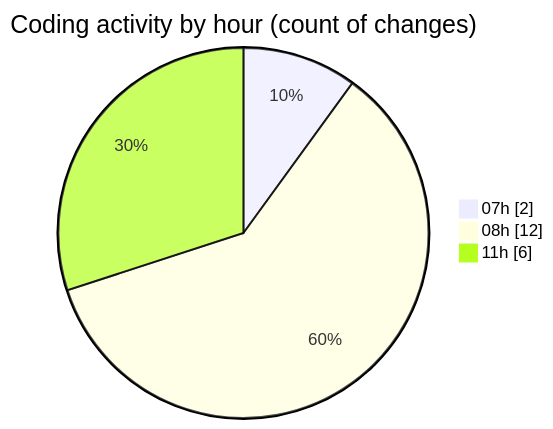
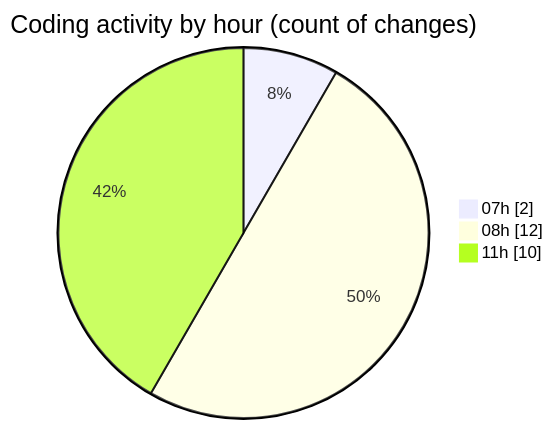
One commit to LanceThiago/code-tracking changed the second of 2 diagrams in 2026-08-28/oficina/README.md. Above: the diagram before and after it, drawn with Mermaid. The commit also changed other lines of this file and 1 other file, not shown here.

````diff
--- a/2026-08-28/oficina/README.md
+++ b/2026-08-28/oficina/README.md
@@ -28,7 +28,7 @@
 ```mermaid
 pie showData
 title Coding activity by hour (count of changes)
 "07h" : 2
 "08h" : 12
-"11h" : 6
+"11h" : 10
 ```
````
